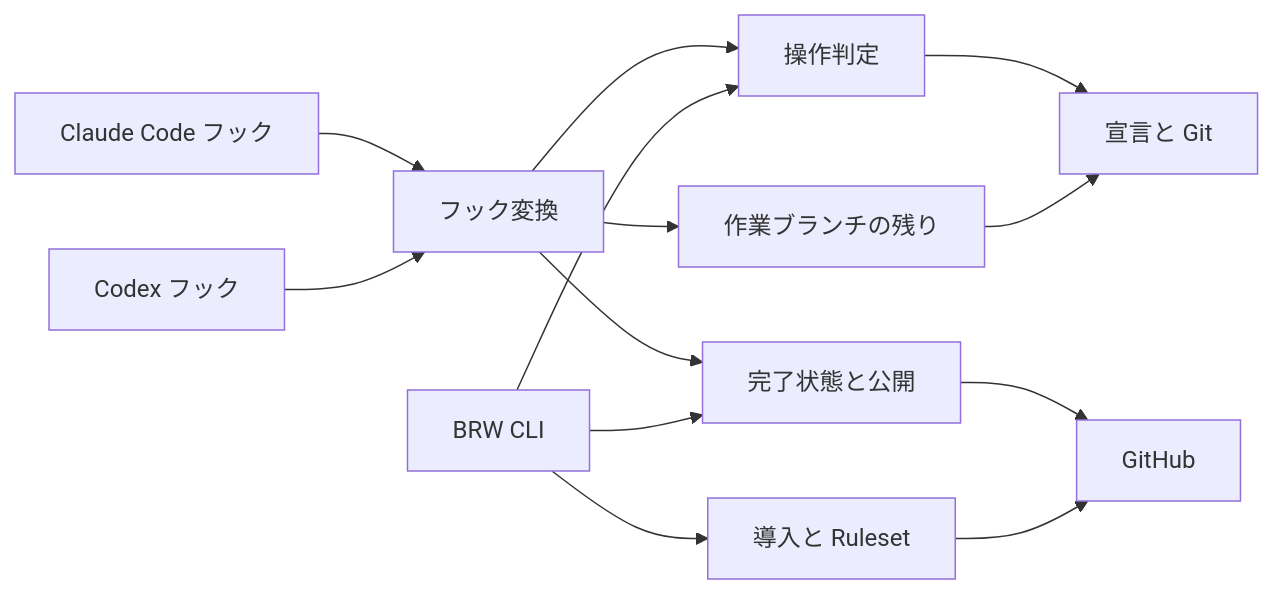
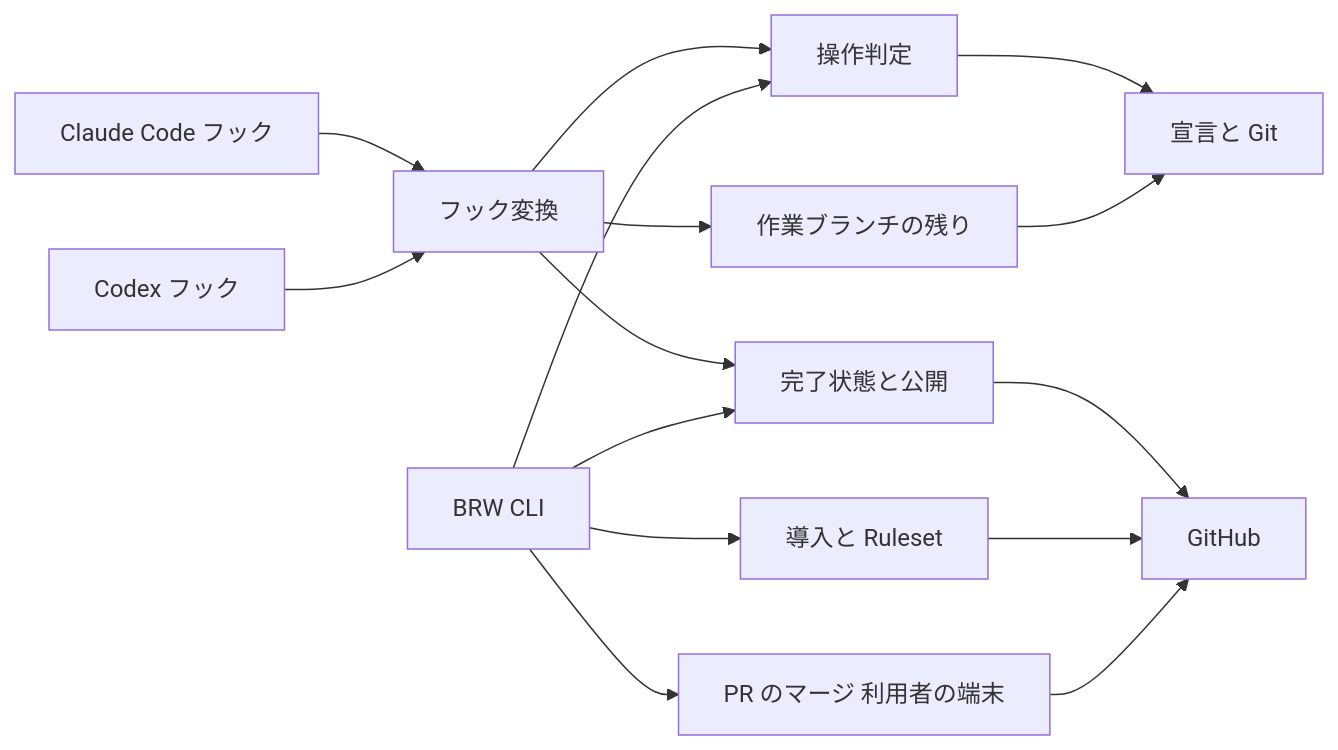
One commit to nekono-dev/branch-release-workflow changed the first of 4 diagrams in .kiro/specs/brw-enforcement/design.md. Above: the diagram before and after it, drawn with Mermaid. The commit also changed other lines of this file and 105 other files, not shown here.

````diff
--- a/.kiro/specs/brw-enforcement/design.md
+++ b/.kiro/specs/brw-enforcement/design.md
@@ -60,15 +64,17 @@
 ```mermaid
 flowchart LR
     Claude[Claude Code フック] --> Hooks[フック変換]
     Codex[Codex フック] --> Hooks
     Hooks --> Policy[操作判定]
     CLI[BRW CLI] --> Policy
     Policy --> Repo[宣言と Git]
     Hooks --> Publication[完了状態と公開]
     Hooks --> Remainder[作業ブランチの残り]
     Remainder --> Repo
     CLI --> Publication
     CLI --> Rules[導入と Ruleset]
     Publication --> GitHub[GitHub]
     Rules --> GitHub
+    CLI --> PrMerge[PR のマージ 利用者の端末]
+    PrMerge --> GitHub
 ```
````
